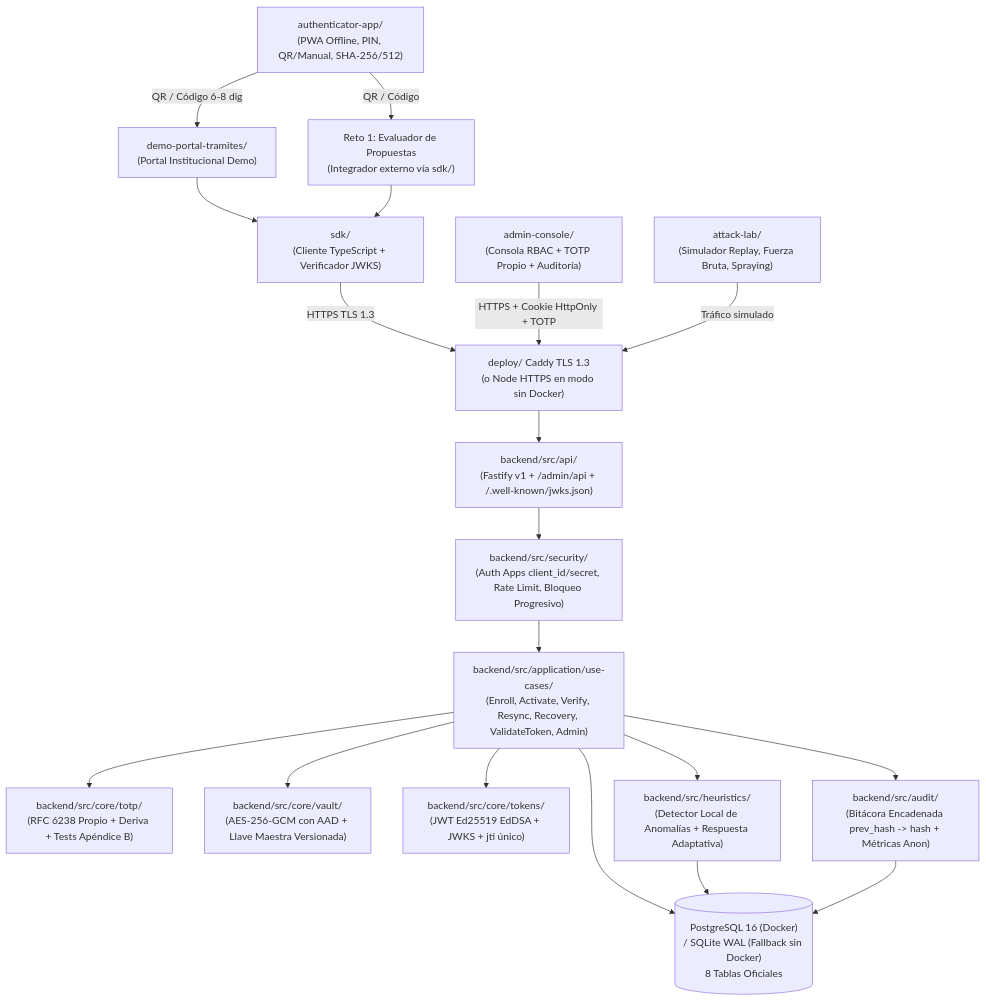
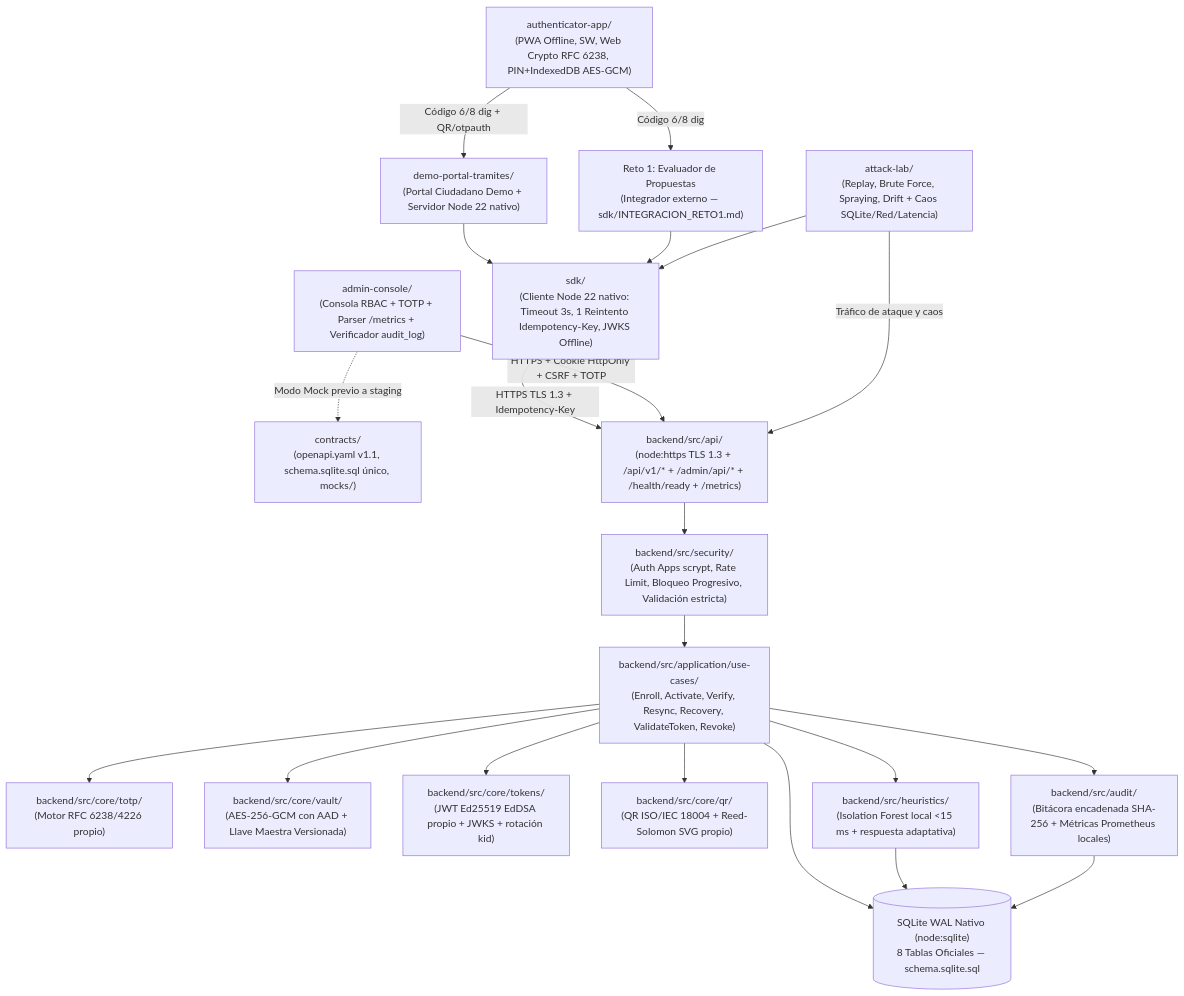
One commit to PSM-Hackaton/servicio-soberano-autenticacion-totp changed the diagram in SYSTEM_GRAPH.md. Above: the diagram before and after it, drawn with Mermaid. The commit also changed other lines of this file and 8 other files, not shown here.

````diff
--- a/SYSTEM_GRAPH.md
+++ b/SYSTEM_GRAPH.md
@@ -8,54 +8,48 @@
 ```mermaid
 flowchart TD
-    %% Clientes / Frontends
-    PWA["authenticator-app/\n(PWA Offline, PIN, QR/Manual, SHA-256/512)"]
-    ADMIN["admin-console/\n(Consola RBAC + TOTP Propio + Auditoría)"]
-    DEMO["demo-portal-tramites/\n(Portal Institucional Demo)"]
-    RETO1["Reto 1: Evaluador de Propuestas\n(Integrador externo vía sdk/)"]
-    ATK["attack-lab/\n(Simulador Replay, Fuerza Bruta, Spraying)"]
+    %% Área B — Clientes, SDK y Laboratorio (Laya)
+    PWA["authenticator-app/\n(PWA Offline, SW, Web Crypto RFC 6238, PIN+IndexedDB AES-GCM)"]
+    ADMIN["admin-console/\n(Consola RBAC + TOTP + Parser /metrics + Verificador audit_log)"]
+    DEMO["demo-portal-tramites/\n(Portal Ciudadano Demo + Servidor Node 22 nativo)"]
+    RETO1["Reto 1: Evaluador de Propuestas\n(Integrador externo — sdk/INTEGRACION_RETO1.md)"]
+    ATK["attack-lab/\n(Replay, Brute Force, Spraying, Drift + Caos SQLite/Red/Latencia)"]
+    SDK["sdk/\n(Cliente Node 22 nativo: Timeout 3s, 1 Reintento Idempotency-Key, JWKS Offline)"]
 
-    %% SDK y Borde TLS
-    SDK["sdk/\n(Cliente TypeScript + Verificador JWKS)"]
-    EDGE["deploy/ Caddy TLS 1.3\n(o Node HTTPS en modo sin Docker)"]
+    %% Contratos congelados (Punto de unión Área A <-> Área B)
+    CONTRACTS["contracts/\n(openapi.yaml v1.1, schema.sqlite.sql único, mocks/)"]
 
-    %% API & Seguridad Perimetral
-    API["backend/src/api/\n(Fastify v1 + /admin/api + /.well-known/jwks.json)"]
-    SEC["backend/src/security/\n(Auth Apps client_id/secret, Rate Limit, Bloqueo Progresivo)"]
-
-    %% Capa de Aplicación (Casos de Uso + Puertos Hexagonales)
-    UC["backend/src/application/use-cases/\n(Enroll, Activate, Verify, Resync, Recovery, ValidateToken, Admin)"]
-
-    %% Núcleo Criptográfico Puro (0 dependencias OTP externas)
-    TOTP["backend/src/core/totp/\n(RFC 6238 Propio + Deriva + Tests Apéndice B)"]
+    %% Área A — Backend 100% Node.js 22 nativo (Diego)
+    API["backend/src/api/\n(node:https TLS 1.3 + /api/v1/* + /admin/api/* + /health/ready + /metrics)"]
+    SEC["backend/src/security/\n(Auth Apps scrypt, Rate Limit, Bloqueo Progresivo, Validación estricta)"]
+    UC["backend/src/application/use-cases/\n(Enroll, Activate, Verify, Resync, Recovery, ValidateToken, Revoke)"]
+    TOTP["backend/src/core/totp/\n(Motor RFC 6238/4226 propio)"]
     VAULT["backend/src/core/vault/\n(AES-256-GCM con AAD + Llave Maestra Versionada)"]
-    TOKENS["backend/src/core/tokens/\n(JWT Ed25519 EdDSA + JWKS + jti único)"]
-
-    %% IA Local y Auditoría Encadenada
-    HEUR["backend/src/heuristics/\n(Detector Local de Anomalías + Respuesta Adaptativa)"]
-    AUDIT["backend/src/audit/\n(Bitácora Encadenada prev_hash -> hash + Métricas Anon)"]
-
-    %% Persistencia Dual (Puerto Hexagonal)
-    DB[("PostgreSQL 16 (Docker)\n/ SQLite WAL (Fallback sin Docker)\n8 Tablas Oficiales")]
+    TOKENS["backend/src/core/tokens/\n(JWT Ed25519 EdDSA propio + JWKS + rotación kid)"]
+    QR["backend/src/core/qr/\n(QR ISO/IEC 18004 + Reed-Solomon SVG propio)"]
+    HEUR["backend/src/heuristics/\n(Isolation Forest local <15 ms + respuesta adaptativa)"]
+    AUDIT["backend/src/audit/\n(Bitácora encadenada SHA-256 + Métricas Prometheus locales)"]
+    DB[("SQLite WAL Nativo (node:sqlite)\n8 Tablas Oficiales — schema.sqlite.sql")]
 
     %% Flujos
-    PWA -->|"QR / Código 6-8 dig"| DEMO
-    PWA -->|"QR / Código"| RETO1
+    PWA -->|"Código 6/8 dig + QR/otpauth"| DEMO
+    PWA -->|"Código 6/8 dig"| RETO1
     DEMO --> SDK
     RETO1 --> SDK
-    SDK -->|"HTTPS TLS 1.3"| EDGE
-    ADMIN -->|"HTTPS + Cookie HttpOnly + TOTP"| EDGE
-    ATK -->|"Tráfico simulado"| EDGE
+    ATK --> SDK
+    SDK -->|"HTTPS TLS 1.3 + Idempotency-Key"| API
+    ADMIN -->|"HTTPS + Cookie HttpOnly + CSRF + TOTP"| API
+    ADMIN -.->|"Modo Mock previo a staging"| CONTRACTS
+    ATK -->|"Tráfico de ataque y caos"| API
 
-    EDGE --> API
     API --> SEC
     SEC --> UC
-
     UC --> TOTP
     UC --> VAULT
     UC --> TOKENS
+    UC --> QR
     UC --> HEUR
     UC --> AUDIT
     UC --> DB
     HEUR --> DB
     AUDIT --> DB
 ```
````
